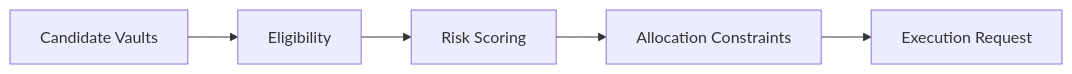
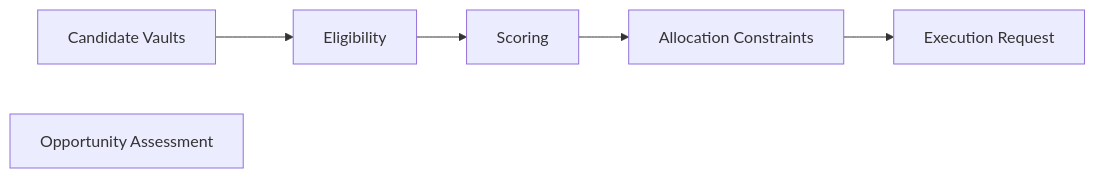
One commit to tokenpage/yieldseeker-docs changed the diagram in protocol/allocation-engine.mdx. Above: the diagram before and after it, drawn with Mermaid. The commit also changed other lines of this file and 5 other files, not shown here.

````diff
--- a/protocol/allocation-engine.mdx
+++ b/protocol/allocation-engine.mdx
@@ -86,18 +86,18 @@
 ```mermaid
 flowchart LR
 
 Candidates["Candidate Vaults"]
 
 Eligibility["Eligibility"]
 
-Scoring["Risk Scoring"]
+Assessment["Opportunity Assessment"]
 
 Constraints["Allocation Constraints"]
 
 Decision["Execution Request"]
 
 Candidates --> Eligibility
 Eligibility --> Scoring
 Scoring --> Constraints
 Constraints --> Decision
 ```
````
